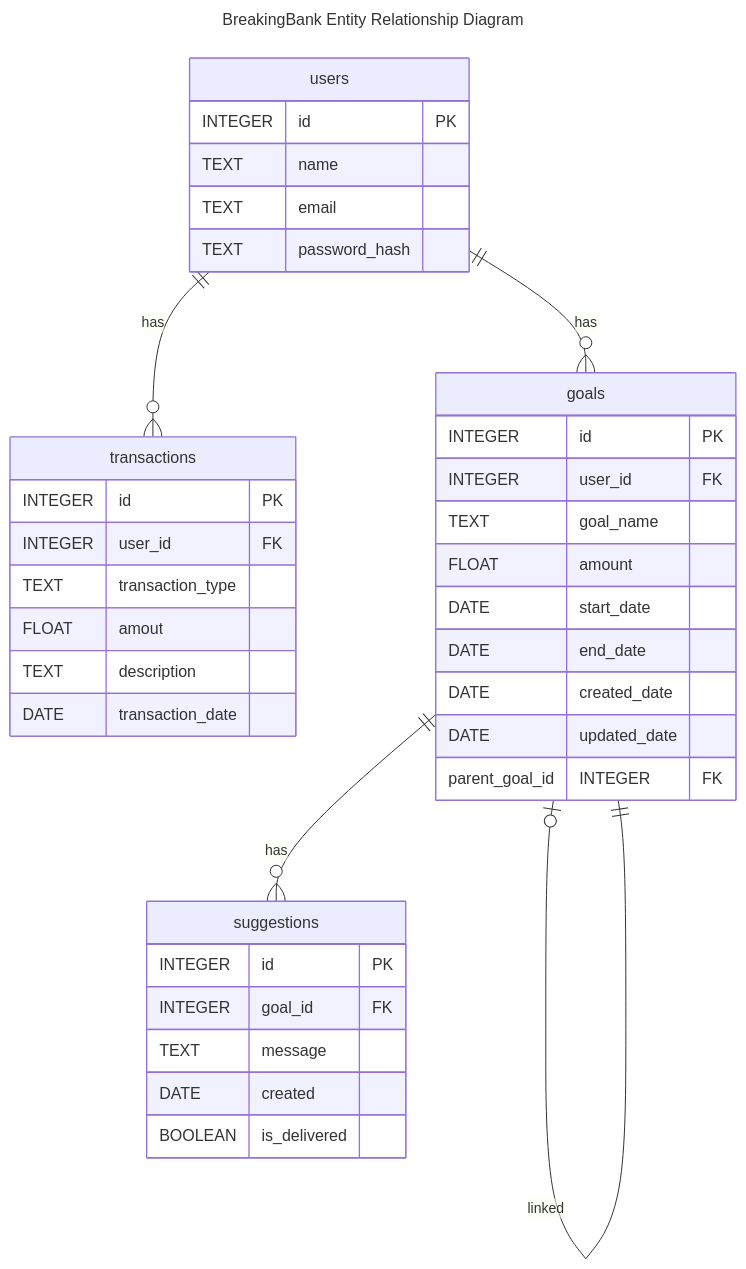
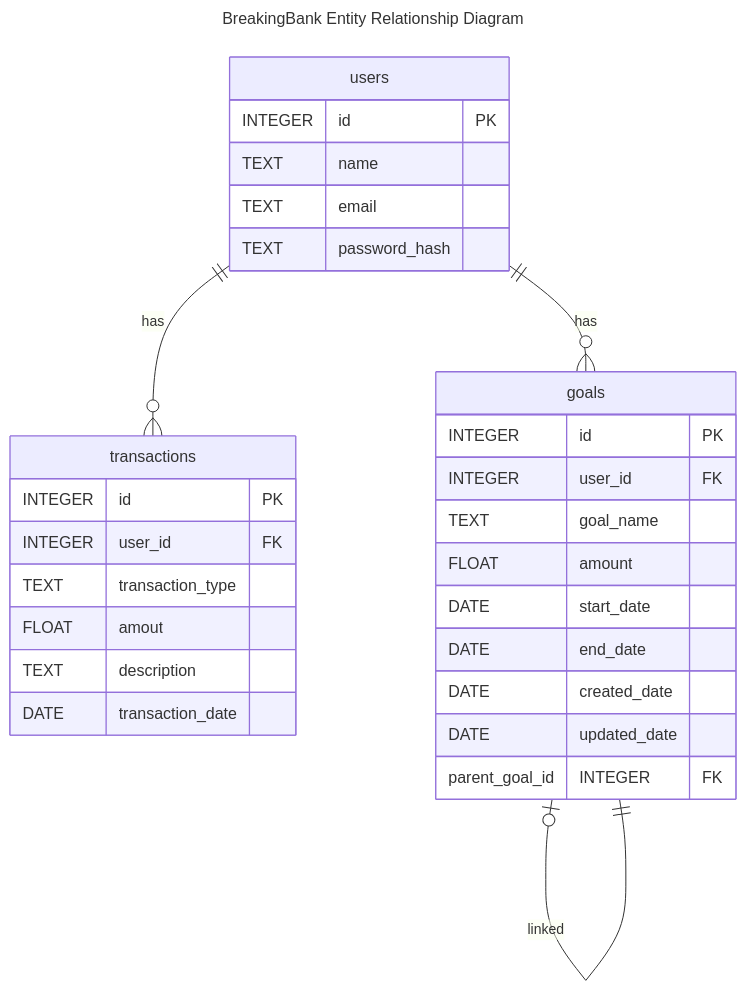
Before and after one commit to AlexandriaParkCS/2026-y12-SE-PhilipYaroshchyk-pwa-obsidian-portfolio: the diagram in 02. My Portfolio/3. Application Design/AD-05 Entity Relationship Diagrams.md, drawn with Mermaid. The commit also changed other lines of this file and 7 other files, not shown here.

Commit message:
updated dictionary and class diagrams

````diff
--- a/02. My Portfolio/3. Application Design/AD-05 Entity Relationship Diagrams.md
+++ b/02. My Portfolio/3. Application Design/AD-05 Entity Relationship Diagrams.md
@@ -2,44 +2,34 @@
 ``` mermaid
 --- 
 title: BreakingBank Entity Relationship Diagram
 --- 
 erDiagram
     users one -- many transactions : has
     users {
         INTEGER id PK
         TEXT name
         TEXT email
         TEXT password_hash
     }
     transactions {
         INTEGER id PK
         INTEGER user_id FK
         TEXT transaction_type
         FLOAT amout
         TEXT description
         DATE transaction_date
     }
     users one -- many goals : has
     goals one or zero -- one goals : linked
     goals {
 	    INTEGER id PK
 	    INTEGER user_id FK
 	    TEXT goal_name
 	    FLOAT amount
 	    DATE start_date
 	    DATE end_date
 	    DATE created_date
 	    DATE updated_date
 	    parent_goal_id INTEGER FK
     }
-    goals one -- many suggestions: has
-    suggestions {
-	    INTEGER id PK
-	    INTEGER goal_id FK
-	    TEXT message
-	    DATE created
-	    BOOLEAN is_delivered
-    }
-    
-    
 ```
````
